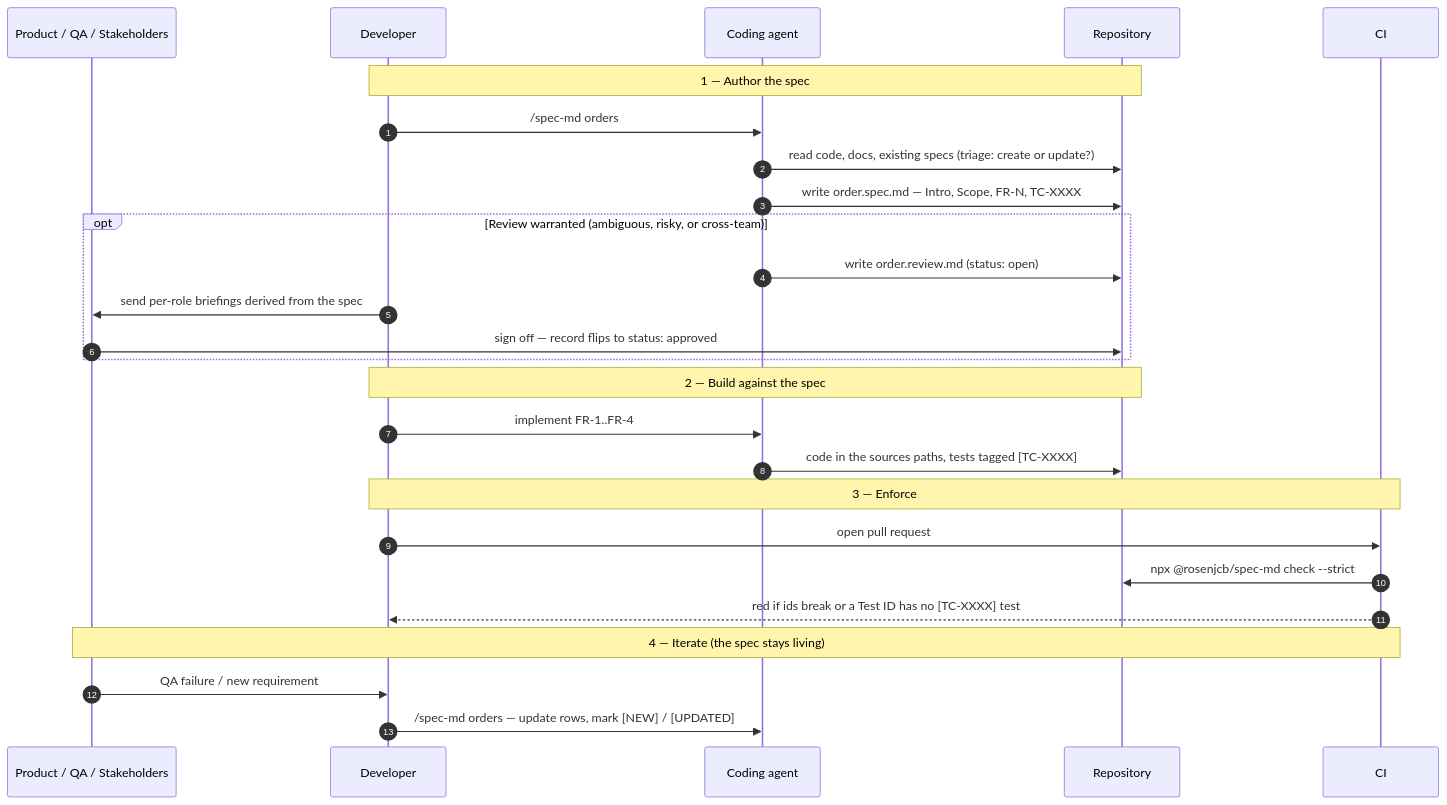
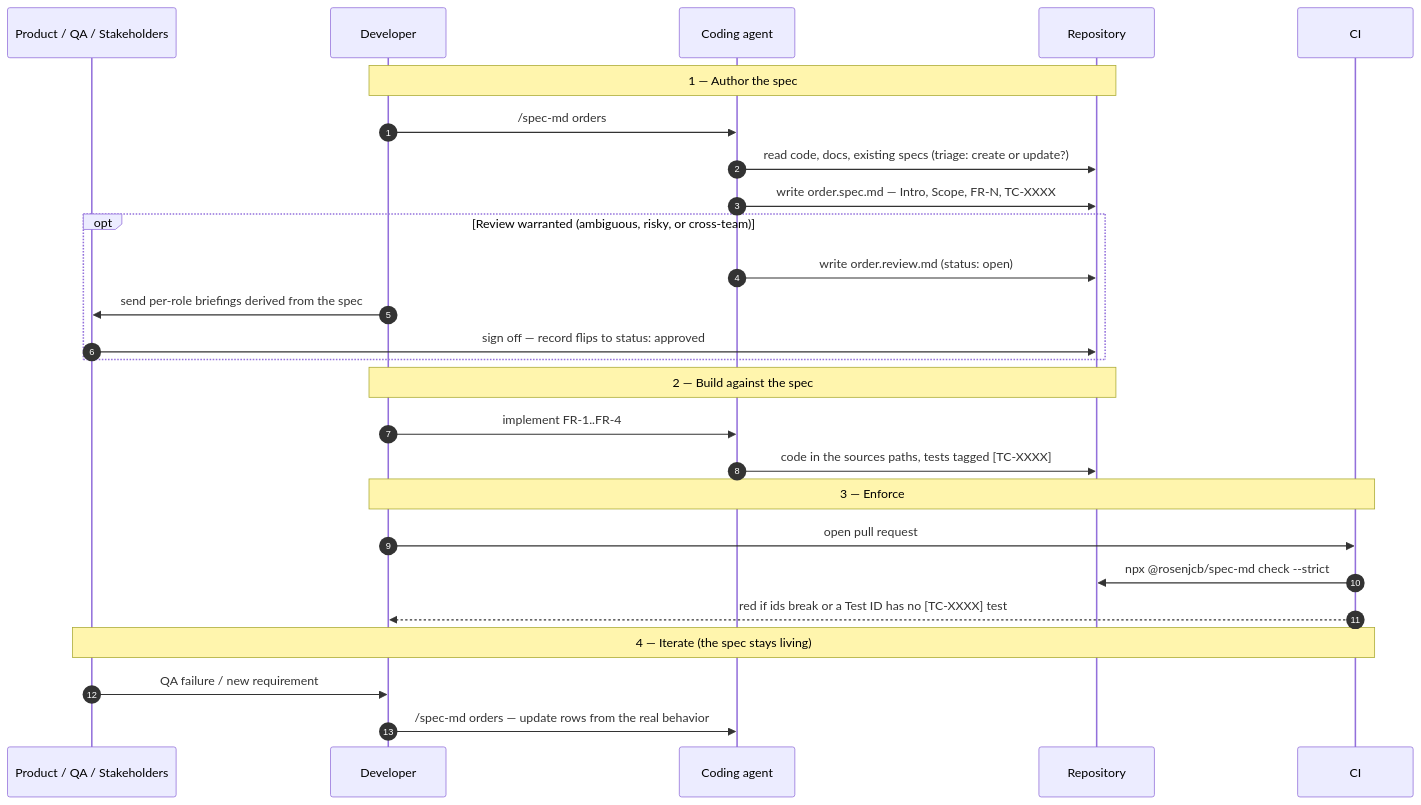
One commit to rosenjcb/spec-md changed the second of 2 diagrams in README.md. Above: the diagram before and after it, drawn with Mermaid. The commit also changed other lines of this file and 14 other files, not shown here.

````diff
--- a/README.md
+++ b/README.md
@@ -220,33 +223,33 @@
 ```mermaid
 sequenceDiagram
     autonumber
     participant PM as Product / QA / Stakeholders
     participant Dev as Developer
     participant Agent as Coding agent
     participant Repo as Repository
     participant CI as CI
 
     Note over Dev,Repo: 1 — Author the spec
     Dev->>Agent: /spec-md orders
     Agent->>Repo: read code, docs, existing specs (triage: create or update?)
     Agent->>Repo: write order.spec.md — Intro, Scope, FR-N, TC-XXXX
 
     opt Review warranted (ambiguous, risky, or cross-team)
         Agent->>Repo: write order.review.md (status: open)
         Dev->>PM: send per-role briefings derived from the spec
         PM->>Repo: sign off — record flips to status: approved
     end
 
     Note over Dev,Repo: 2 — Build against the spec
     Dev->>Agent: implement FR-1..FR-4
     Agent->>Repo: code in the sources paths, tests tagged [TC-XXXX]
 
     Note over Dev,CI: 3 — Enforce
     Dev->>CI: open pull request
     CI->>Repo: npx @rosenjcb/spec-md check --strict
     CI-->>Dev: red if ids break or a Test ID has no [TC-XXXX] test
 
     Note over PM,CI: 4 — Iterate (the spec stays living)
     PM->>Dev: QA failure / new requirement
-    Dev->>Agent: /spec-md orders — update rows, mark [NEW] / [UPDATED]
+    Dev->>Agent: /spec-md orders — update rows from the real behavior
 ```
````
